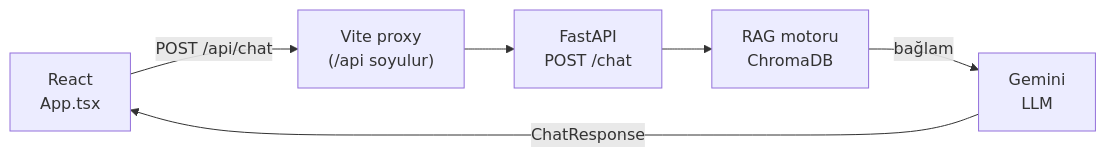
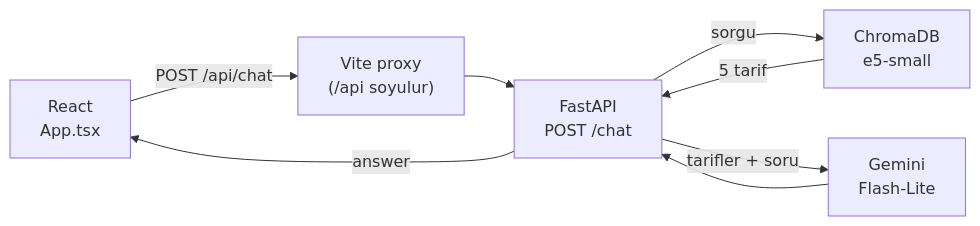
One commit to mhmdcngz/chefbot changed the diagram in README.md. Above: the diagram before and after it, drawn with Mermaid. The commit also changed other lines of this file, not shown here.

````diff
--- a/README.md
+++ b/README.md
@@ -69,8 +132,10 @@
 ```mermaid
 flowchart LR
     A["React<br/>App.tsx"] -->|"POST /api/chat"| B["Vite proxy<br/>(/api soyulur)"]
     B --> C["FastAPI<br/>POST /chat"]
-    C --> D["RAG motoru<br/>ChromaDB"]
-    D -->|"bağlam"| E["Gemini<br/>LLM"]
-    E -->|"ChatResponse"| A
+    C -->|"sorgu"| D["ChromaDB<br/>e5-small"]
+    D -->|"5 tarif"| C
+    C -->|"tarifler + soru"| E["Gemini<br/>Flash-Lite"]
+    E --> C
+    C -->|"answer"| A
 ```
````
